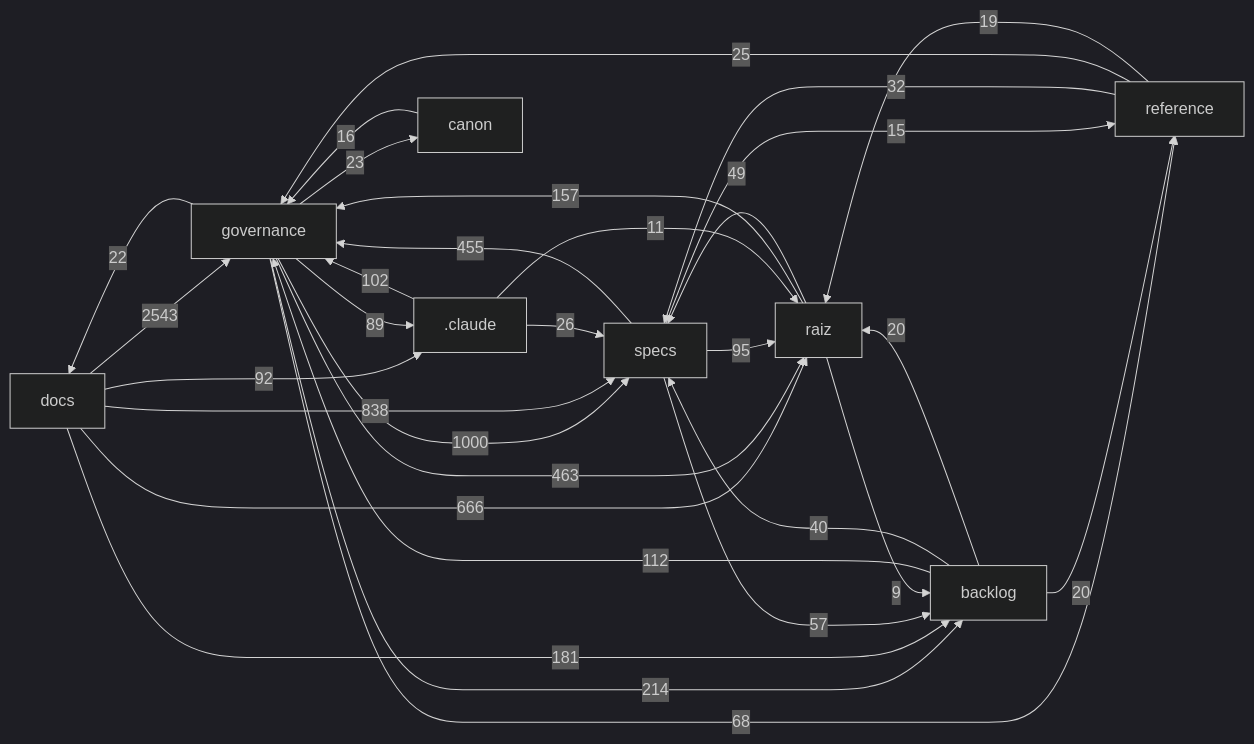
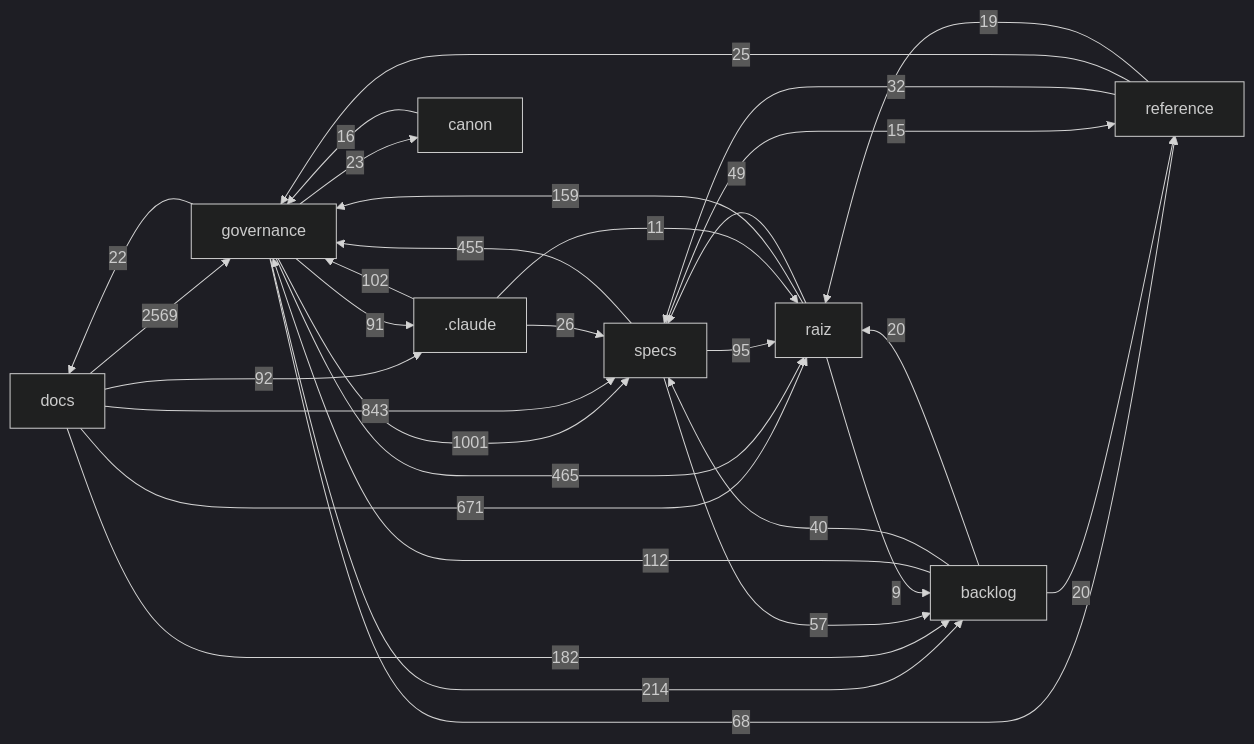
One commit to Andraus35/Sistema-Operacional-de-Trading--SOT changed the diagram in docs/mapa/MAPA-PROJETO.md. Above: the diagram before and after it, drawn with Mermaid (dark theme). The commit also changed other lines of this file and 13 other files, not shown here.

````diff
--- a/docs/mapa/MAPA-PROJETO.md
+++ b/docs/mapa/MAPA-PROJETO.md
@@ -29,33 +29,33 @@
 ```mermaid
 flowchart LR
-  docs["docs"] -->|2543| governance["governance"]
-  governance["governance"] -->|1000| specs["specs"]
-  docs["docs"] -->|838| specs["specs"]
-  docs["docs"] -->|666| raiz["raiz"]
-  governance["governance"] -->|463| raiz["raiz"]
+  docs["docs"] -->|2569| governance["governance"]
+  governance["governance"] -->|1001| specs["specs"]
+  docs["docs"] -->|843| specs["specs"]
+  docs["docs"] -->|671| raiz["raiz"]
+  governance["governance"] -->|465| raiz["raiz"]
   specs["specs"] -->|455| governance["governance"]
   governance["governance"] -->|214| backlog["backlog"]
-  docs["docs"] -->|181| backlog["backlog"]
-  raiz["raiz"] -->|157| governance["governance"]
+  docs["docs"] -->|182| backlog["backlog"]
+  raiz["raiz"] -->|159| governance["governance"]
   backlog["backlog"] -->|112| governance["governance"]
   _claude[".claude"] -->|102| governance["governance"]
   specs["specs"] -->|95| raiz["raiz"]
   docs["docs"] -->|92| _claude[".claude"]
-  governance["governance"] -->|89| _claude[".claude"]
+  governance["governance"] -->|91| _claude[".claude"]
   governance["governance"] -->|68| reference["reference"]
   specs["specs"] -->|57| backlog["backlog"]
   raiz["raiz"] -->|49| specs["specs"]
   backlog["backlog"] -->|40| specs["specs"]
   reference["reference"] -->|32| specs["specs"]
   _claude[".claude"] -->|26| specs["specs"]
   reference["reference"] -->|25| governance["governance"]
   governance["governance"] -->|23| canon["canon"]
   governance["governance"] -->|22| docs["docs"]
   backlog["backlog"] -->|20| raiz["raiz"]
   backlog["backlog"] -->|20| reference["reference"]
   reference["reference"] -->|19| raiz["raiz"]
   canon["canon"] -->|16| governance["governance"]
   specs["specs"] -->|15| reference["reference"]
   _claude[".claude"] -->|11| raiz["raiz"]
   raiz["raiz"] -->|9| backlog["backlog"]
 ```
````
